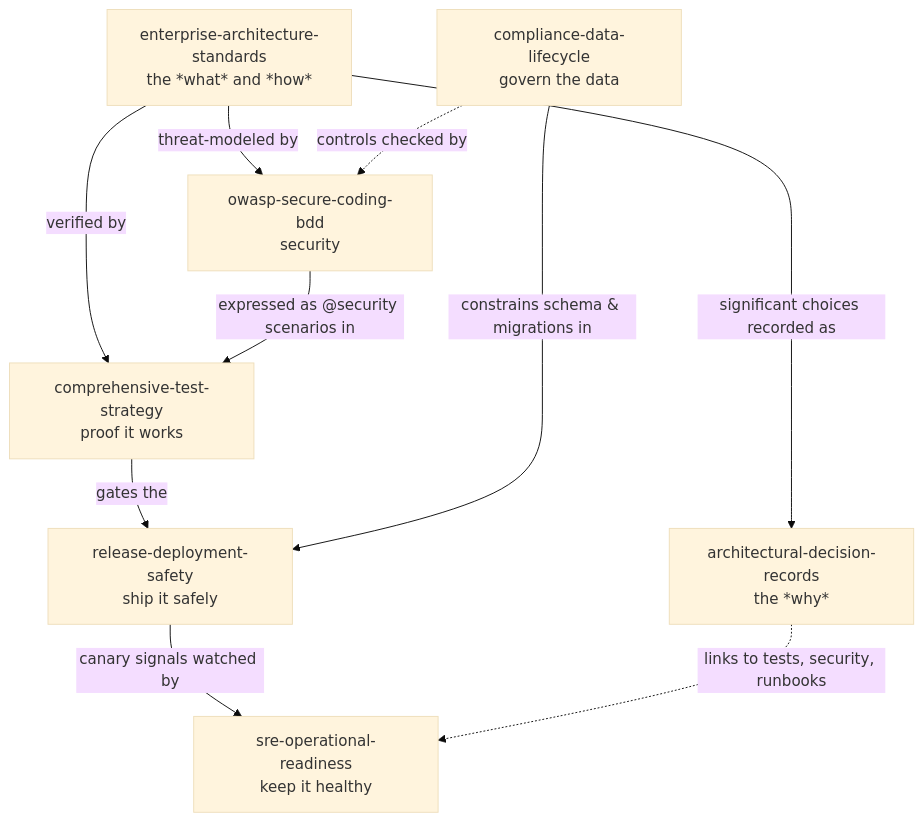
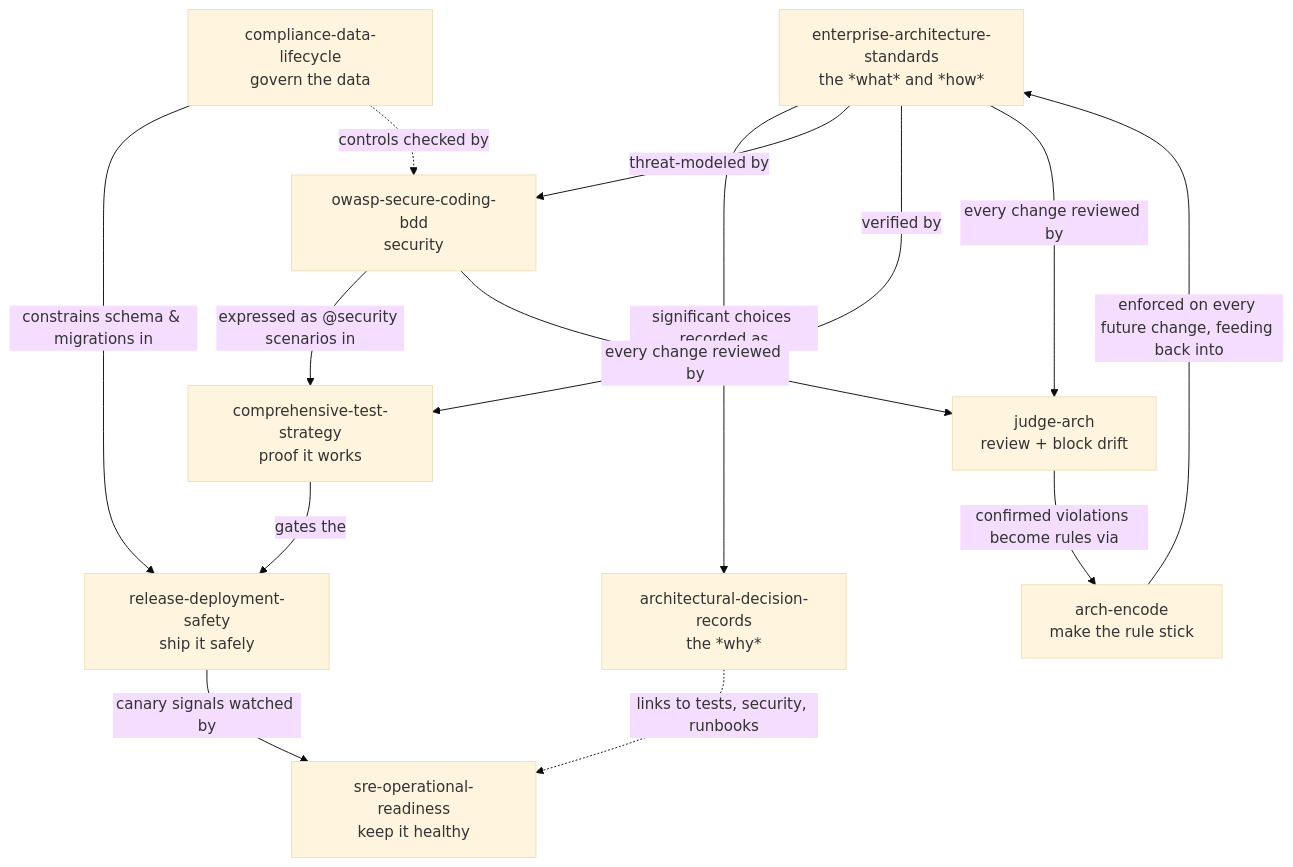
Before and after one commit to techfleetworks/enterprise-software-AI-skills: the diagram in README.md, drawn with Mermaid (base theme). The commit also changed other lines of this file and 21 other files, not shown here.

First line of the commit message:
Add judge-arch + arch-encode skills (architecture review + enforceable gate)

````diff
--- a/README.md
+++ b/README.md
@@ -230,20 +333,27 @@
 ```mermaid
 flowchart TD
     ARCH[enterprise-architecture-standards<br/>the *what* and *how*]
     ADR[architectural-decision-records<br/>the *why*]
     SEC[owasp-secure-coding-bdd<br/>security]
     TEST[comprehensive-test-strategy<br/>proof it works]
     REL[release-deployment-safety<br/>ship it safely]
     SRE[sre-operational-readiness<br/>keep it healthy]
     COMP[compliance-data-lifecycle<br/>govern the data]
 
     ARCH -->|significant choices recorded as| ADR
     ARCH -->|threat-modeled by| SEC
     ARCH -->|verified by| TEST
     SEC -->|expressed as @security scenarios in| TEST
     TEST -->|gates the| REL
     REL -->|canary signals watched by| SRE
     COMP -->|constrains schema & migrations in| REL
     COMP -.->|controls checked by| SEC
     ADR -.->|links to tests, security, runbooks| SRE
+
+    JUDGE[judge-arch<br/>review + block drift]
+    ENC[arch-encode<br/>make the rule stick]
+    ARCH -->|every change reviewed by| JUDGE
+    SEC -->|every change reviewed by| JUDGE
+    JUDGE -->|confirmed violations become rules via| ENC
+    ENC -->|enforced on every future change, feeding back into| ARCH
 ```
````
